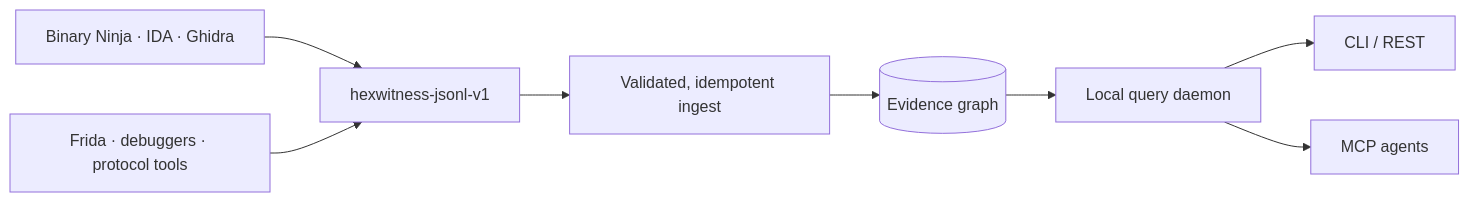
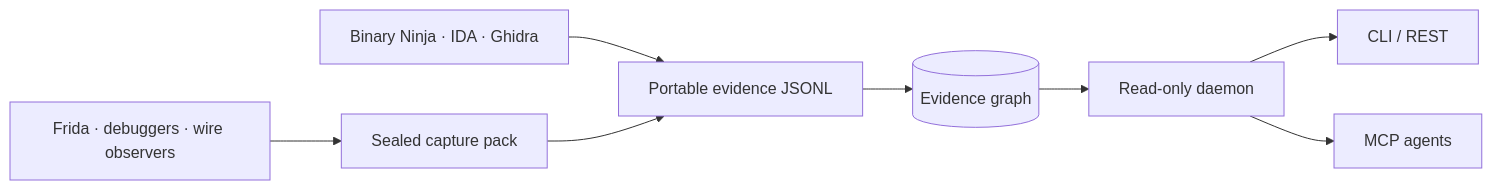
The diagram in README.md (siaginw/HexWitness), drawn with Mermaid before and after one commit. The commit also changed other lines of this file and 15 other files, not shown here.

````diff
--- a/README.md
+++ b/README.md
@@ -32,10 +32,10 @@
 ```mermaid
 flowchart LR
-  S["Binary Ninja · IDA · Ghidra"] --> J["hexwitness-jsonl-v1"]
-  R["Frida · debuggers · protocol tools"] --> J
-  J --> I["Validated, idempotent ingest"]
-  I --> E[("Evidence graph")]
-  E --> D["Local query daemon"]
+  S["Binary Ninja · IDA · Ghidra"] --> J["Portable evidence JSONL"]
+  R["Frida · debuggers · wire observers"] --> P["Sealed capture pack"]
+  P --> J
+  J --> E[("Evidence graph")]
+  E --> D["Read-only daemon"]
   D --> C["CLI / REST"]
   D --> M["MCP agents"]
 ```
````
